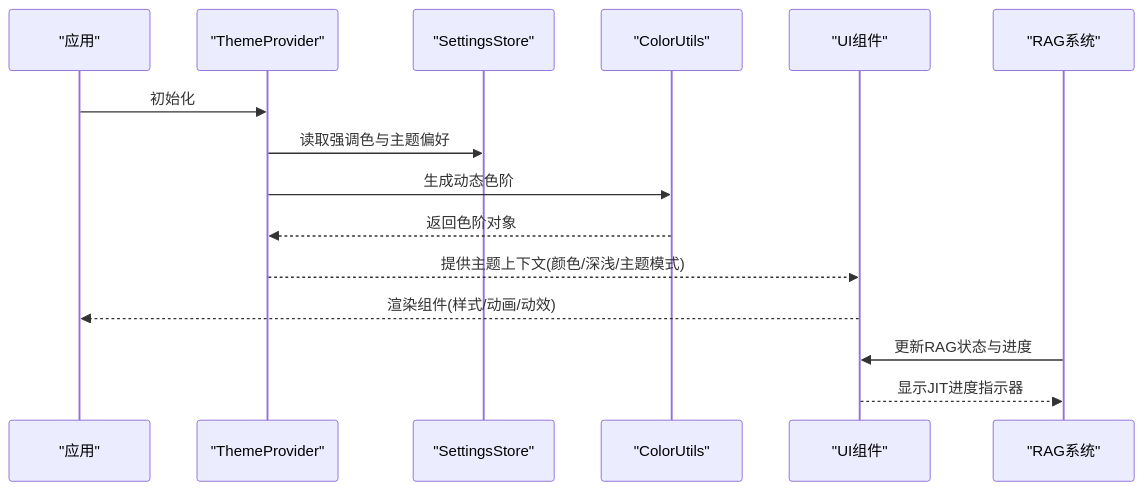
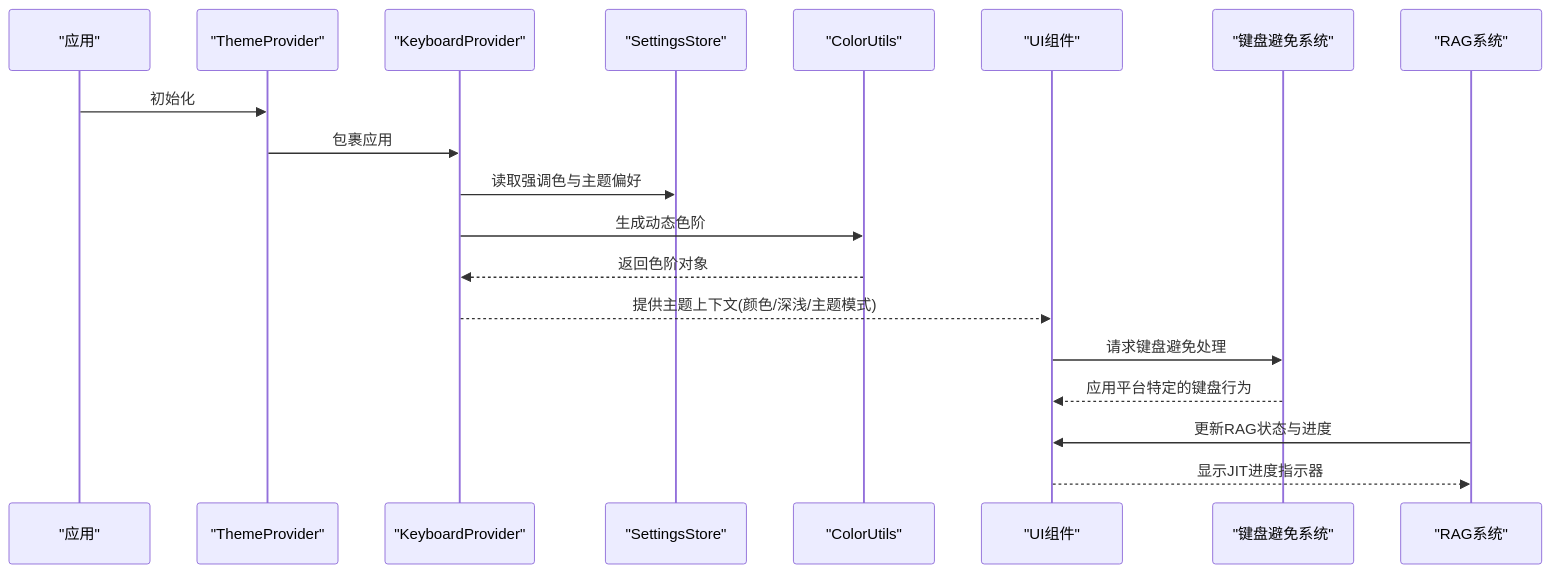
One commit to NarcisWL/Nexara changed the second of 9 diagrams in .qoder/repowiki/zh/content/UI组件系统/UI组件系统.md. Above: the diagram before and after it, drawn with Mermaid. The commit also changed other lines of this file and 19 other files, not shown here.

````diff
--- a/.qoder/repowiki/zh/content/UI组件系统/UI组件系统.md
+++ b/.qoder/repowiki/zh/content/UI组件系统/UI组件系统.md
@@ -183,17 +202,21 @@
 ```mermaid
 sequenceDiagram
 participant App as "应用"
 participant Provider as "ThemeProvider"
+participant KeyboardProvider as "KeyboardProvider"
 participant Store as "SettingsStore"
 participant Utils as "ColorUtils"
 participant UI as "UI组件"
+participant KeyboardSystem as "键盘避免系统"
 participant RAG as "RAG系统"
 App->>Provider : 初始化
-Provider->>Store : 读取强调色与主题偏好
-Provider->>Utils : 生成动态色阶
-Utils-->>Provider : 返回色阶对象
-Provider-->>UI : 提供主题上下文(颜色/深浅/主题模式)
-UI-->>App : 渲染组件(样式/动画/动效)
+Provider->>KeyboardProvider : 包裹应用
+KeyboardProvider->>Store : 读取强调色与主题偏好
+KeyboardProvider->>Utils : 生成动态色阶
+Utils-->>KeyboardProvider : 返回色阶对象
+KeyboardProvider-->>UI : 提供主题上下文(颜色/深浅/主题模式)
+UI->>KeyboardSystem : 请求键盘避免处理
+KeyboardSystem-->>UI : 应用平台特定的键盘行为
 RAG->>UI : 更新RAG状态与进度
 UI-->>RAG : 显示JIT进度指示器
 ```
````
